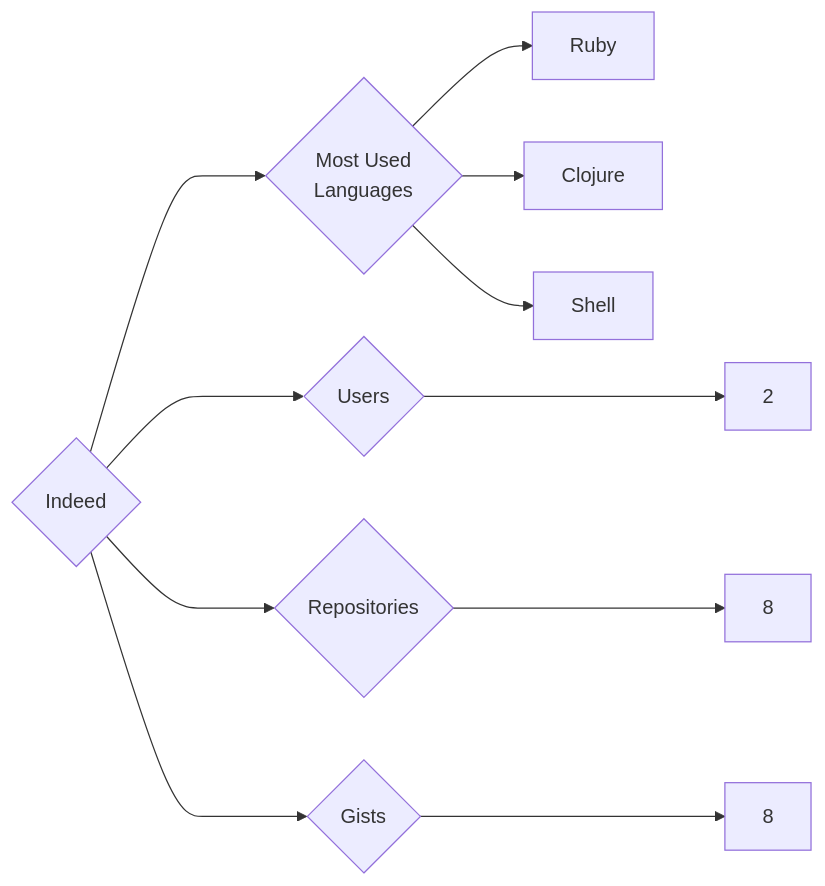
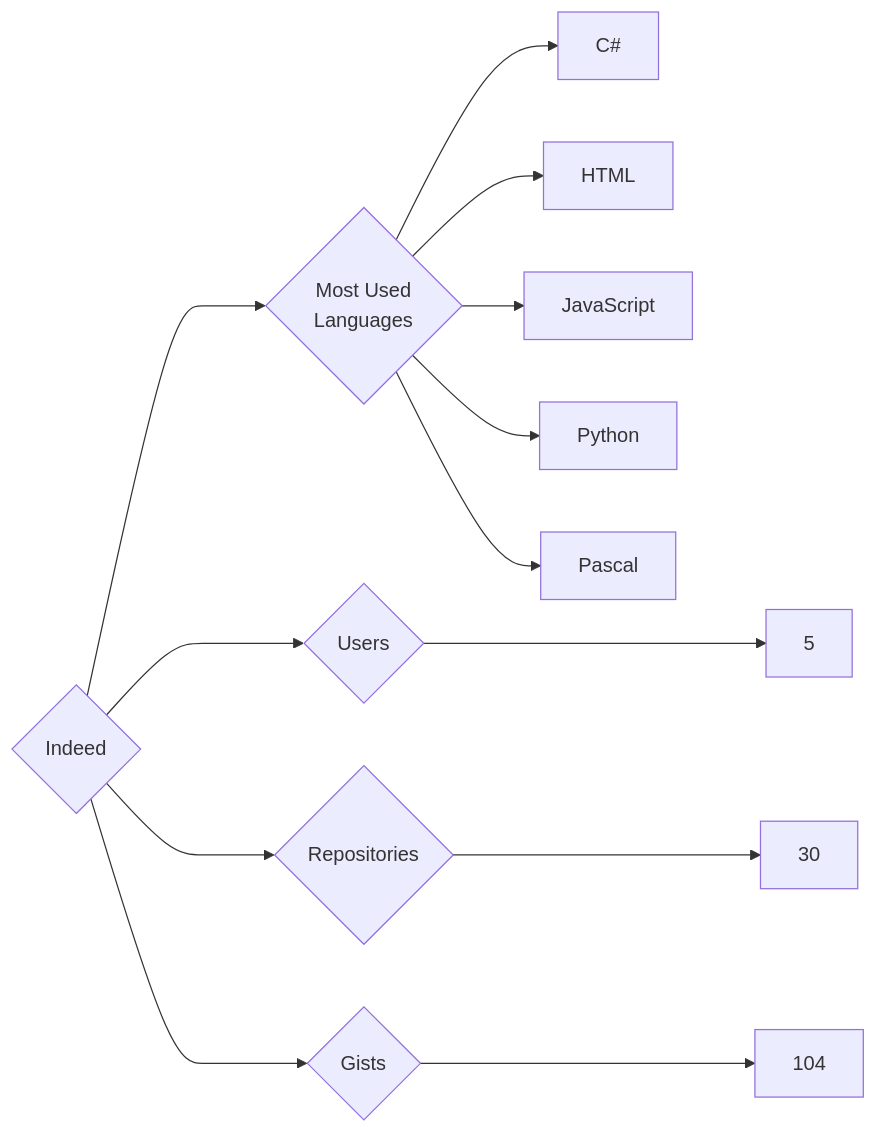
One commit to trickest/insiders changed the diagram in targets/Indeed/README.md. Above: the diagram before and after it, drawn with Mermaid. The commit also changed 1089 other files, not shown here.

````diff
--- a/targets/Indeed/README.md
+++ b/targets/Indeed/README.md
@@ -3,11 +3,13 @@
 ```mermaid
 graph LR
 COMPANY_NAME{Indeed}
-COMPANY_NAME ---> U{Users} ---> UN[2]
-COMPANY_NAME ---> R{Repositories} ---> RN[8]
-COMPANY_NAME ---> G{Gists} ---> GN[8]
+COMPANY_NAME ---> U{Users} ---> UN[5]
+COMPANY_NAME ---> R{Repositories} ---> RN[30]
+COMPANY_NAME ---> G{Gists} ---> GN[104]
 COMPANY_NAME ---> ML{Most Used<br>Languages}
-ML --> Ruby[Ruby]
-ML --> Clojure[Clojure]
-ML --> Shell[Shell]
+ML --> C#[C#]
+ML --> HTML[HTML]
+ML --> JavaScript[JavaScript]
+ML --> Python[Python]
+ML --> Pascal[Pascal]
 ```
````
